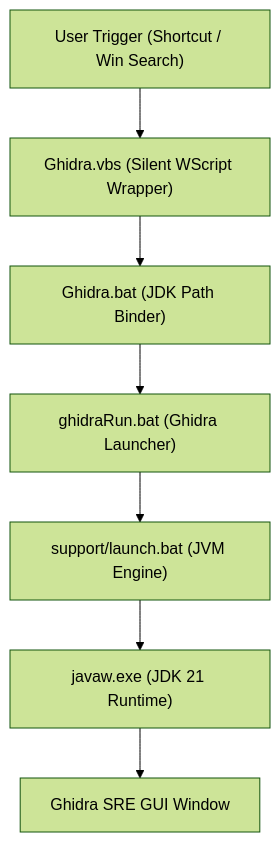
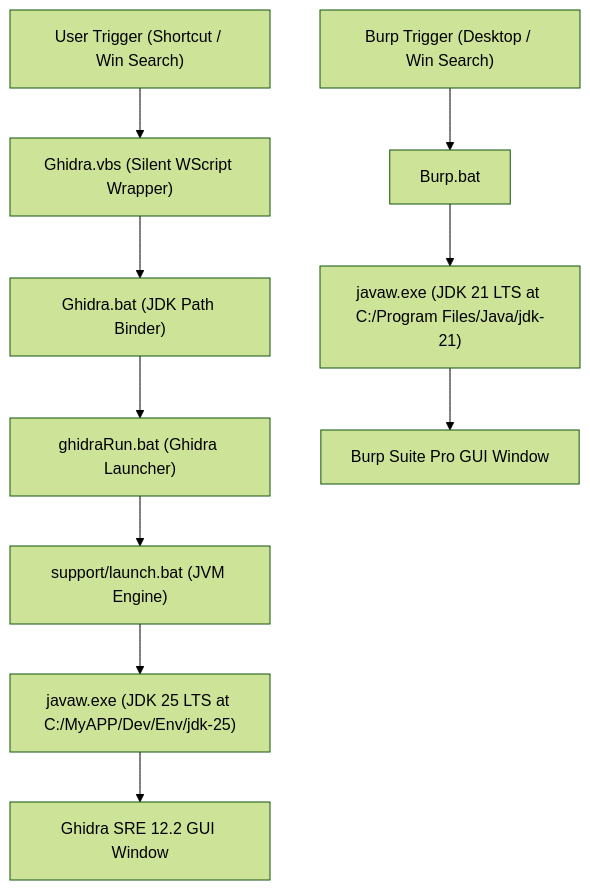
Before and after one commit to Youchenjiang/tool-scripts: the first of 2 diagrams in security/ghidra-bootstrapper/README.md, drawn with Mermaid (forest theme). The commit also changed other lines of this file and 2 other files, not shown here.

First line of the commit message:
feat(ghidra): upgrade to ghidra 12.2 with adoptium openjdk 25 lts support

````diff
--- a/security/ghidra-bootstrapper/README.md
+++ b/security/ghidra-bootstrapper/README.md
@@ -9,9 +9,13 @@
 ```mermaid
 graph TD
     User["User Trigger (Shortcut / Win Search)"] --> VBS["Ghidra.vbs (Silent WScript Wrapper)"]
     VBS --> BAT["Ghidra.bat (JDK Path Binder)"]
     BAT --> RUN["ghidraRun.bat (Ghidra Launcher)"]
     RUN --> Launch["support/launch.bat (JVM Engine)"]
-    Launch --> JVM["javaw.exe (JDK 21 Runtime)"]
-    JVM --> GUI["Ghidra SRE GUI Window"]
+    Launch --> JVM25["javaw.exe (JDK 25 LTS at C:/MyAPP/Dev/Env/jdk-25)"]
+    JVM25 --> GUI["Ghidra SRE 12.2 GUI Window"]
+
+    BurpUser["Burp Trigger (Desktop / Win Search)"] --> BurpBAT["Burp.bat"]
+    BurpBAT --> JVM21["javaw.exe (JDK 21 LTS at C:/Program Files/Java/jdk-21)"]
+    JVM21 --> BurpGUI["Burp Suite Pro GUI Window"]
 ```
````
